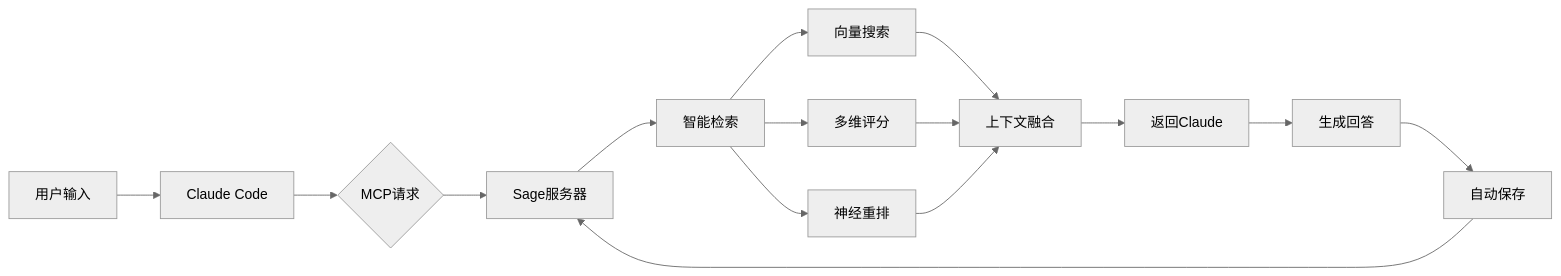
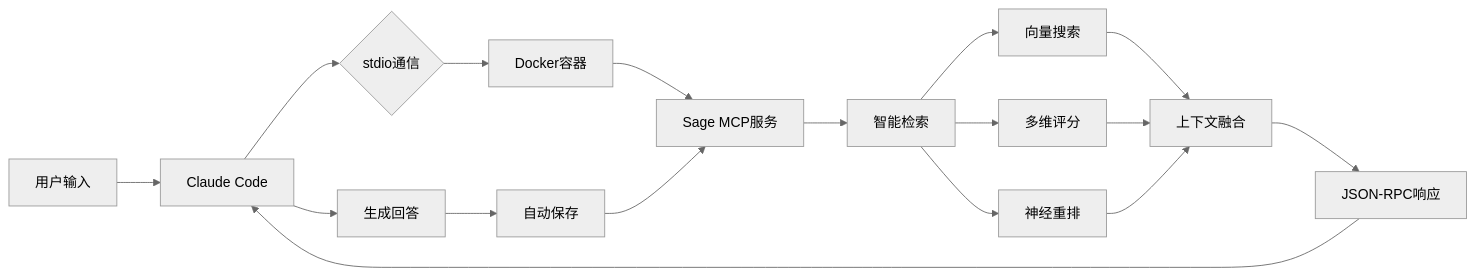
Before and after one commit to jetgogoing/Sage: the diagram in README.md, drawn with Mermaid (neutral theme). The commit also changed other lines of this file, not shown here.

````diff
--- a/README.md
+++ b/README.md
@@ -177,17 +203,19 @@
 ```mermaid
 graph LR
     A[用户输入] --> B[Claude Code]
-    B --> C{MCP请求}
-    C --> D[Sage服务器]
-    D --> E[智能检索]
-    E --> F[向量搜索]
-    E --> G[多维评分]
-    E --> H[神经重排]
-    F --> I[上下文融合]
-    G --> I
-    H --> I
-    I --> J[返回Claude]
-    J --> K[生成回答]
-    K --> L[自动保存]
-    L --> D
+    B --> C{stdio通信}
+    C --> D[Docker容器]
+    D --> E[Sage MCP服务]
+    E --> F[智能检索]
+    F --> G[向量搜索]
+    F --> H[多维评分]
+    F --> I[神经重排]
+    G --> J[上下文融合]
+    H --> J
+    I --> J
+    J --> K[JSON-RPC响应]
+    K --> B
+    B --> L[生成回答]
+    L --> M[自动保存]
+    M --> E
 ```
````
